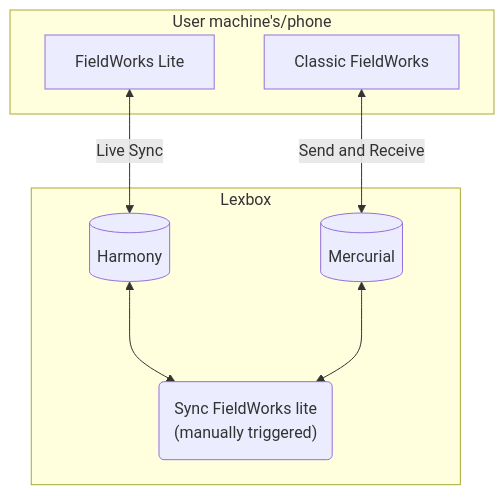
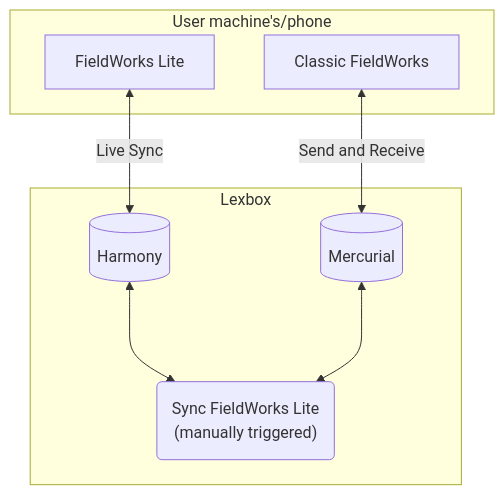
Before and after one commit to sillsdev/languageforge-lexbox: the diagram in backend/FwLite/README.md, drawn with Mermaid. The commit also changed 6 other files, not shown here.

````diff
--- a/backend/FwLite/README.md
+++ b/backend/FwLite/README.md
@@ -43,17 +43,17 @@
 ```mermaid
 graph
     subgraph Lexbox
         Harmony[(Harmony)]
         Mercurial[(Mercurial)]
-        sync("Sync FieldWorks lite \n (manually triggered)")
+        sync("Sync FieldWorks Lite \n (manually triggered)")
         Harmony <---> sync
         Mercurial <---> sync
     end
     subgraph User machine's/phone
         FieldWorksLite[FieldWorks Lite]
         ClassicFieldWorks[Classic FieldWorks]
     end
 
     FieldWorksLite <-- " Live Sync " --> Harmony
     ClassicFieldWorks <-- " Send and Receive " --> Mercurial
 ```
````
